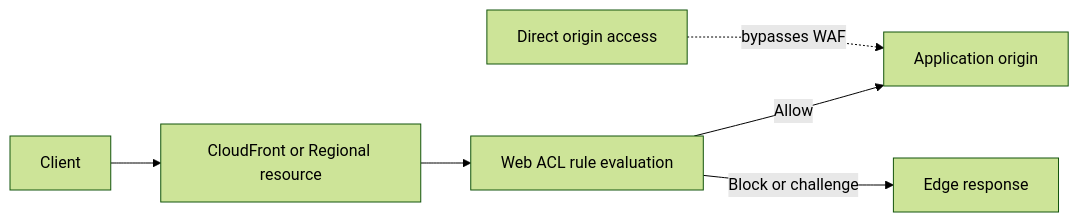
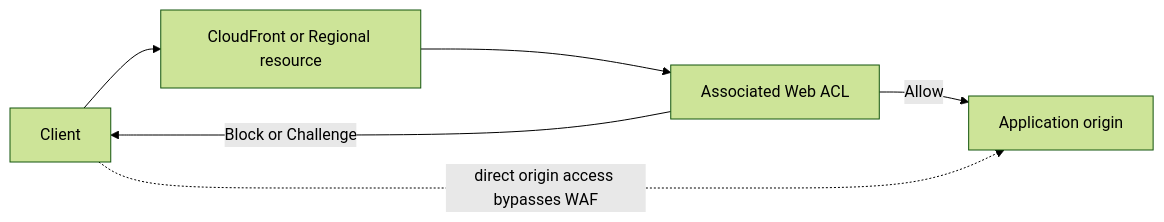
The diagram in _posts/2026/07/2026-07-14-aws-waf.md (KKamJi98/kkamji98.github.io), drawn with Mermaid (forest theme) before and after one commit. The commit also changed other lines of this file and 37 other files, not shown here.

````diff
--- a/_posts/2026/07/2026-07-14-aws-waf.md
+++ b/_posts/2026/07/2026-07-14-aws-waf.md
@@ -83,8 +85,8 @@
 ```mermaid
 flowchart LR
   Client[Client] --> Entry[CloudFront or Regional resource]
-  Entry --> WAF[Web ACL rule evaluation]
+  Entry --> WAF[Associated Web ACL]
   WAF -->|Allow| Origin[Application origin]
-  WAF -->|Block or challenge| Response[Edge response]
-  Bypass[Direct origin access] -. bypasses WAF .-> Origin
+  WAF -->|Block or Challenge| Client
+  Client -. direct origin access bypasses WAF .-> Origin
 ```
````
